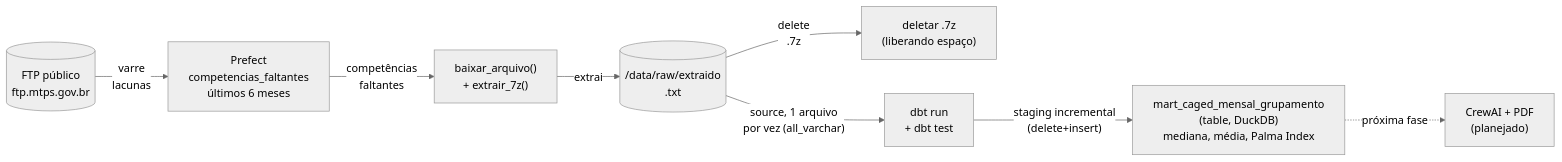
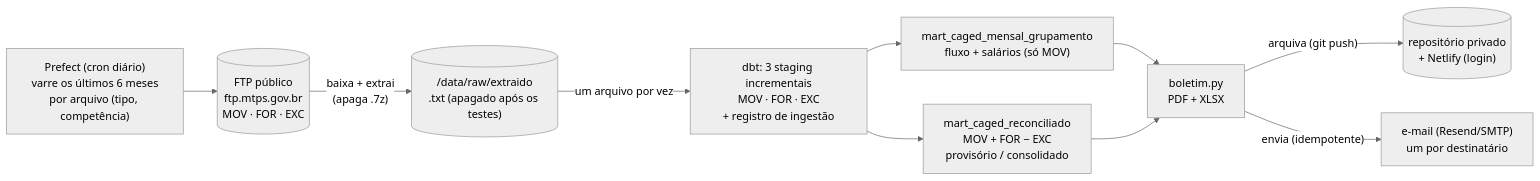
Before and after one commit to raulleninis/heco-caged-datastack: the first of 2 diagrams in README.md, drawn with Mermaid (neutral theme). The commit also changed other lines of this file, not shown here.

````diff
--- a/README.md
+++ b/README.md
@@ -10,19 +16,22 @@
 ```mermaid
 flowchart LR
-    FTP[("FTP público\nftp.mtps.gov.br")]
-    SCAN["Prefect\ncompetencias_faltantes<br/>últimos 6 meses"]
-    DL["baixar_arquivo()<br/>+ extrair_7z()"]
-    DEL["deletar .7z<br/>(liberando espaço)"]
-    RAW[("/data/raw/extraido<br/>.txt")]
-    RUN["dbt run<br/>+ dbt test"]
-    MART["mart_caged_mensal_grupamento<br/>(table, DuckDB)<br/>mediana, média, Palma Index"]
-    REPORT["CrewAI + PDF<br/>(planejado)"]
+    FTP[("FTP público<br/>ftp.mtps.gov.br<br/>MOV · FOR · EXC")]
+    SCAN["Prefect (cron diário)<br/>varre os últimos 6 meses<br/>por arquivo (tipo, competência)"]
+    RAW[("/data/raw/extraido<br/>.txt (apagado após os testes)")]
+    STG["dbt: 3 staging incrementais<br/>MOV · FOR · EXC<br/>+ registro de ingestão"]
+    MART1["mart_caged_mensal_grupamento<br/>fluxo + salários (só MOV)"]
+    MART2["mart_caged_reconciliado<br/>MOV + FOR − EXC<br/>provisório / consolidado"]
+    BOL["boletim.py<br/>PDF + XLSX"]
+    ARQ[("repositório privado<br/>+ Netlify (login)")]
+    MAIL["e-mail (Resend/SMTP)<br/>um por destinatário"]
 
-    FTP -->|"varre<br/>lacunas"| SCAN
-    SCAN -->|"competências<br/>faltantes"| DL
-    DL -->|"extrai"| RAW
-    RAW -->|"delete<br/>.7z"| DEL
-    RAW -->|"source, 1 arquivo<br/>por vez (all_varchar)"| RUN
-    RUN -->|"staging incremental<br/>(delete+insert)"| MART
-    MART -.->|"próxima fase"| REPORT
+    FTP -->|"baixa + extrai<br/>(apaga .7z)"| RAW
+    SCAN --> FTP
+    RAW -->|"um arquivo por vez"| STG
+    STG --> MART1
+    STG --> MART2
+    MART1 --> BOL
+    MART2 --> BOL
+    BOL -->|"arquiva (git push)"| ARQ
+    BOL -->|"envia (idempotente)"| MAIL
 ```
````
